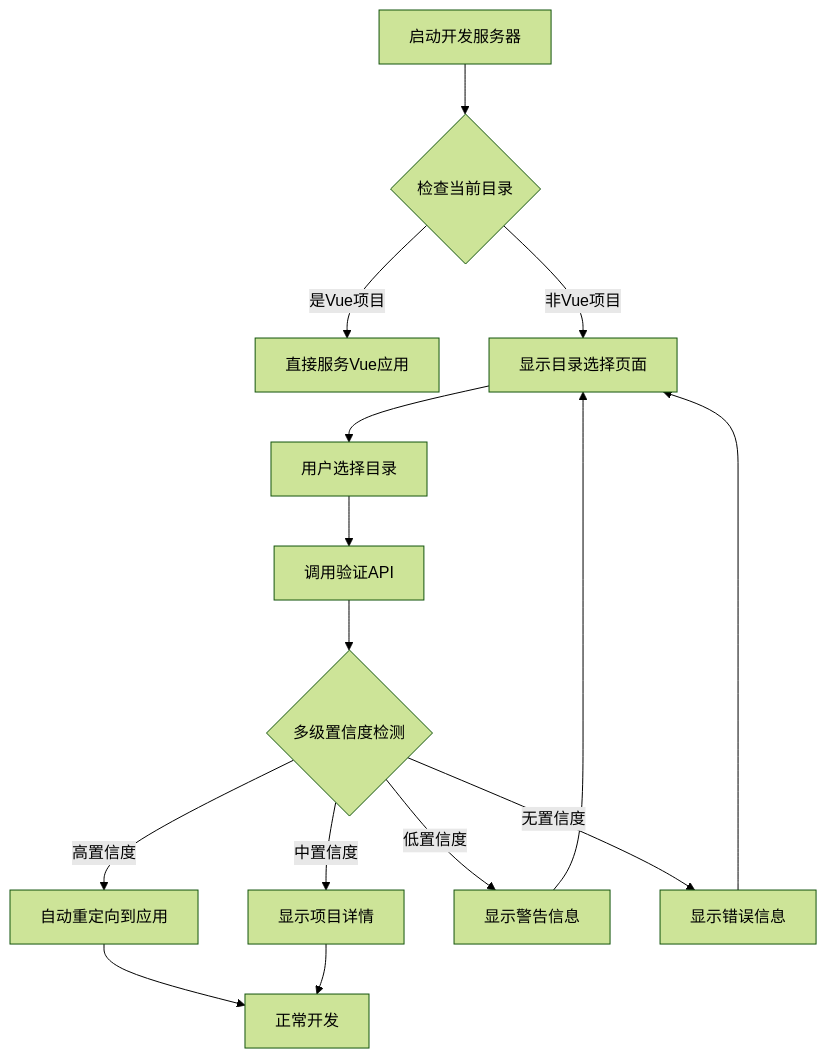
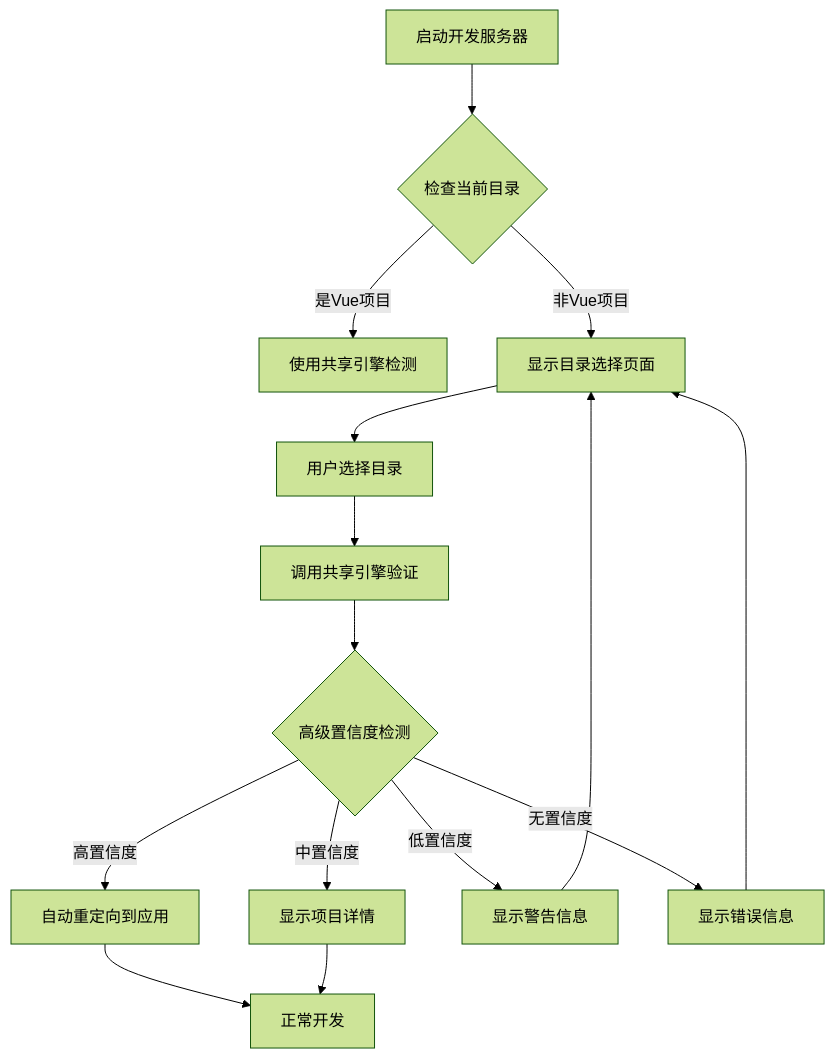
Before and after one commit to itszzl-sudo/iris: the second of 10 diagrams in .qoder/repowiki/zh/content/核心功能特性/Vue项目检测功能指南.md, drawn with Mermaid (forest theme). The commit also changed other lines of this file and 23 other files, not shown here.

````diff
--- a/.qoder/repowiki/zh/content/核心功能特性/Vue项目检测功能指南.md
+++ b/.qoder/repowiki/zh/content/核心功能特性/Vue项目检测功能指南.md
@@ -104,17 +116,17 @@
 ```mermaid
 flowchart TD
 A[启动开发服务器] --> B{检查当前目录}
-B --> |是Vue项目| C[直接服务Vue应用]
+B --> |是Vue项目| C[使用共享引擎检测]
 B --> |非Vue项目| D[显示目录选择页面]
 D --> E[用户选择目录]
-E --> F[调用验证API]
-F --> G{多级置信度检测}
+E --> F[调用共享引擎验证]
+F --> G{高级置信度检测}
 G --> |高置信度| H[自动重定向到应用]
 G --> |中置信度| I[显示项目详情]
 G --> |低置信度| J[显示警告信息]
 G --> |无置信度| K[显示错误信息]
 H --> L[正常开发]
 I --> L
 J --> D
 K --> D
 ```
````
